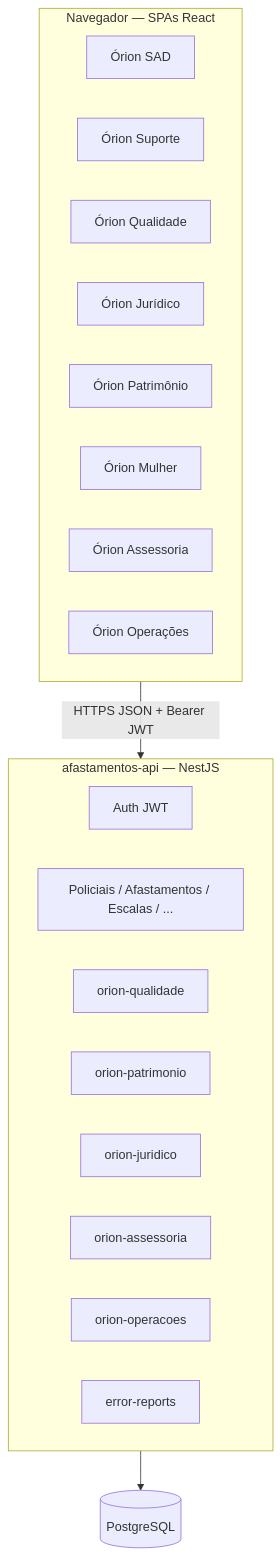
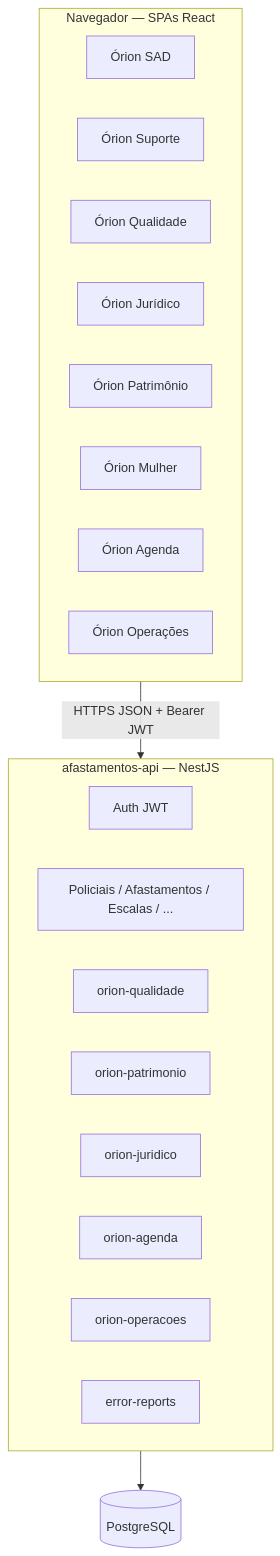
The first of 2 diagrams in README.md (mpfarias/controle-equipes), drawn with Mermaid before and after one commit. The commit also changed other lines of this file and 380 other files, not shown here.

````diff
--- a/README.md
+++ b/README.md
@@ -62,29 +70,29 @@
 ```mermaid
 flowchart TB
   subgraph clients [Navegador — SPAs React]
     SAD[Órion SAD]
     SUP[Órion Suporte]
     QUA[Órion Qualidade]
     JUR[Órion Jurídico]
     PAT[Órion Patrimônio]
     MUL[Órion Mulher]
-    ASS[Órion Assessoria]
+    AGD[Órion Agenda]
     OPE[Órion Operações]
   end
 
   subgraph api [afastamentos-api — NestJS]
     AUTH[Auth JWT]
     CORE[Policiais / Afastamentos / Escalas / ...]
     ORQ[orion-qualidade]
     ORP[orion-patrimonio]
     ORJ[orion-juridico]
-    ORA[orion-assessoria]
+    ORA[orion-agenda]
     ORO[orion-operacoes]
     ERR[error-reports]
   end
 
   DB[(PostgreSQL)]
 
   clients -->|HTTPS JSON + Bearer JWT| api
   api --> DB
 ```
````
